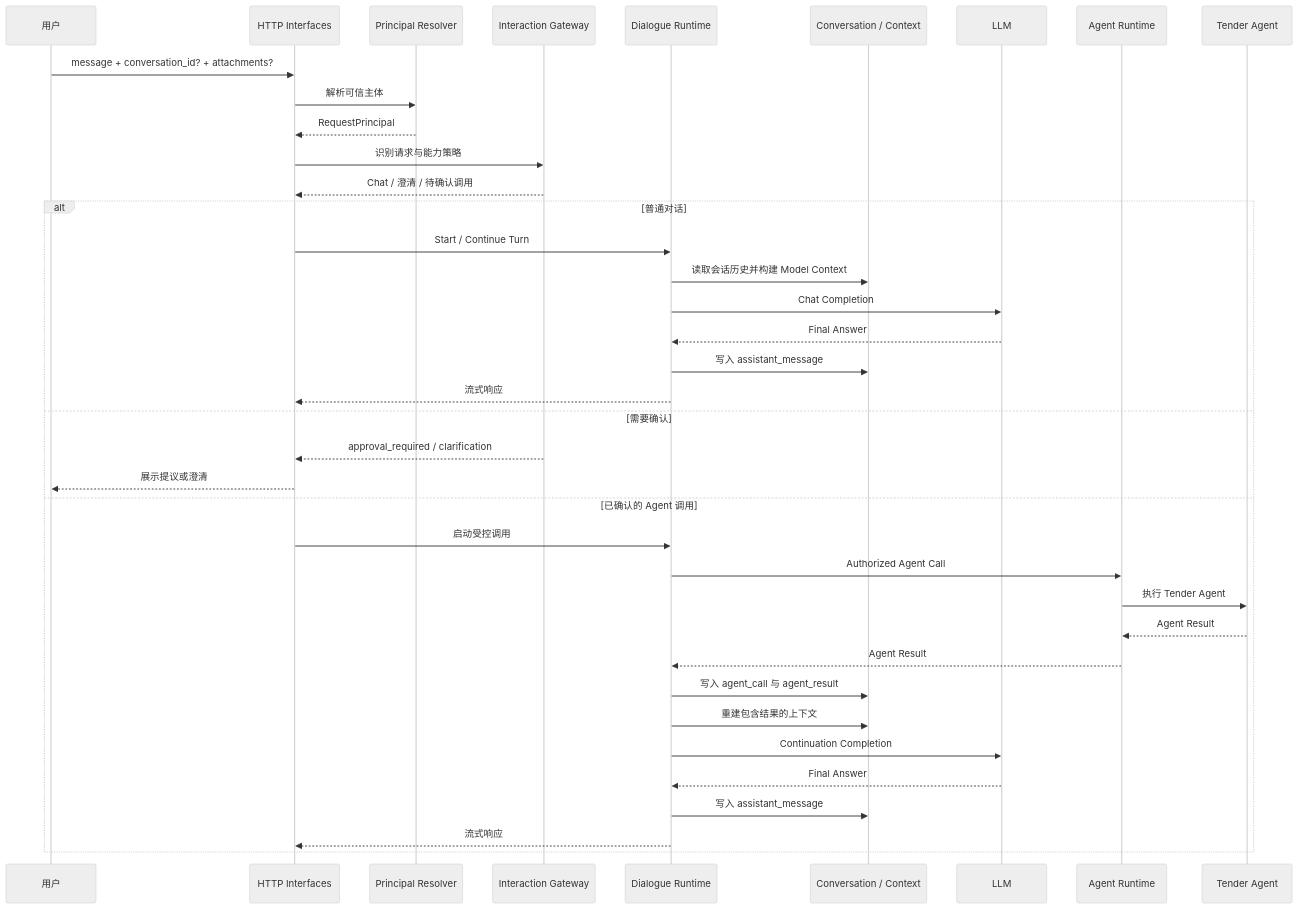
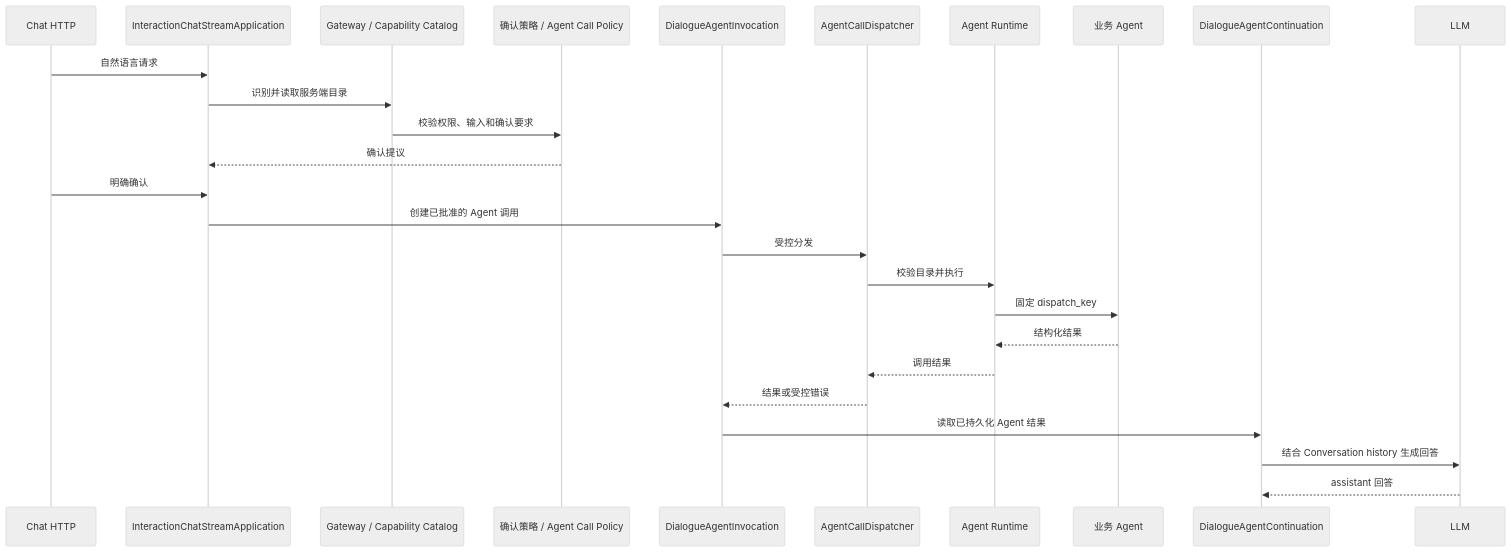
One commit to Hr222/go-agent-system changed the fourth of 4 diagrams in ARCHITECTURE.md. Above: the diagram before and after it, drawn with Mermaid (neutral theme). The commit also changed other lines of this file and 15 other files, not shown here.

````diff
--- a/ARCHITECTURE.md
+++ b/ARCHITECTURE.md
@@ -241,42 +245,29 @@
 ```mermaid
 sequenceDiagram
-    participant U as 用户
-    participant H as HTTP Interfaces
-    participant S as Principal Resolver
-    participant I as Interaction Gateway
-    participant D as Dialogue Runtime
-    participant C as Conversation / Context
-    participant L as LLM
-    participant A as Agent Runtime
-    participant T as Tender Agent
+    participant Client as Chat HTTP
+    participant Chat as InteractionChatStreamApplication
+    participant Gateway as Gateway / Capability Catalog
+    participant Policy as 确认策略 / Agent Call Policy
+    participant Invoke as DialogueAgentInvocation
+    participant Dispatch as AgentCallDispatcher
+    participant Runtime as Agent Runtime
+    participant Agent as 业务 Agent
+    participant Continue as DialogueAgentContinuation
+    participant LLM as LLM
 
-    U->>H: message + conversation_id? + attachments?
-    H->>S: 解析可信主体
-    S-->>H: RequestPrincipal
-    H->>I: 识别请求与能力策略
-    I-->>H: Chat / 澄清 / 待确认调用
-
-    alt 普通对话
-        H->>D: Start / Continue Turn
-        D->>C: 读取会话历史并构建 Model Context
-        D->>L: Chat Completion
-        L-->>D: Final Answer
-        D->>C: 写入 assistant_message
-        D-->>H: 流式响应
-    else 需要确认
-        I-->>H: approval_required / clarification
-        H-->>U: 展示提议或澄清
-    else 已确认的 Agent 调用
-        H->>D: 启动受控调用
-        D->>A: Authorized Agent Call
-        A->>T: 执行 Tender Agent
-        T-->>A: Agent Result
-        A-->>D: Agent Result
-        D->>C: 写入 agent_call 与 agent_result
-        D->>C: 重建包含结果的上下文
-        D->>L: Continuation Completion
-        L-->>D: Final Answer
-        D->>C: 写入 assistant_message
-        D-->>H: 流式响应
-    end
+    Client->>Chat: 自然语言请求
+    Chat->>Gateway: 识别并读取服务端目录
+    Gateway->>Policy: 校验权限、输入和确认要求
+    Policy-->>Chat: 确认提议
+    Client->>Chat: 明确确认
+    Chat->>Invoke: 创建已批准的 Agent 调用
+    Invoke->>Dispatch: 受控分发
+    Dispatch->>Runtime: 校验目录并执行
+    Runtime->>Agent: 固定 dispatch_key
+    Agent-->>Runtime: 结构化结果
+    Runtime-->>Dispatch: 调用结果
+    Dispatch-->>Invoke: 结果或受控错误
+    Invoke->>Continue: 读取已持久化 Agent 结果
+    Continue->>LLM: 结合 Conversation history 生成回答
+    LLM-->>Continue: assistant 回答
 ```
````
